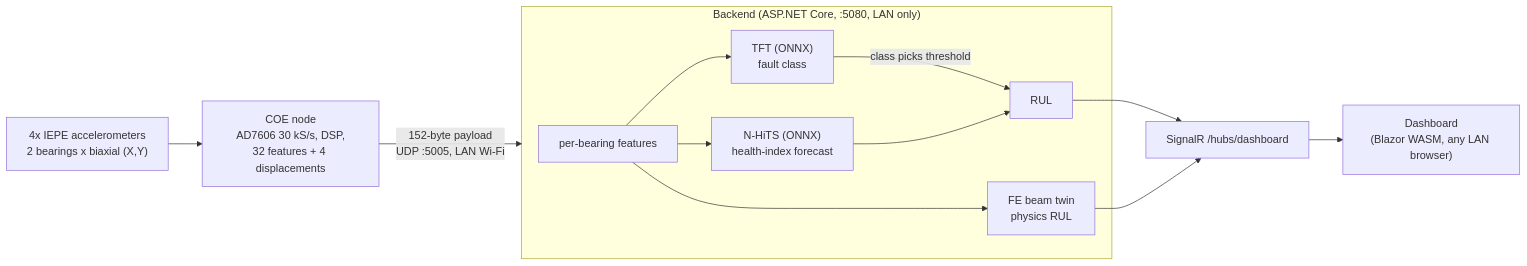
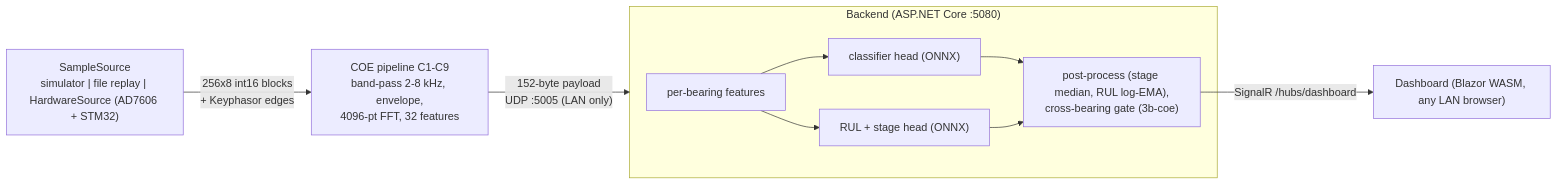
One commit to amussab/Digital-Twin-Senior-Proj changed the diagram in README.md. Above: the diagram before and after it, drawn with Mermaid. The commit also changed other lines of this file and 5 other files, not shown here.

Commit message:
feat(docker): UP2 compose profiles (backend v3b/up2, coe, ai, test, evidence, notebook), dotnet-test image, README for UP2

````diff
--- a/README.md
+++ b/README.md
@@ -12,15 +17,12 @@
 ```mermaid
 flowchart LR
-  A["4x IEPE accelerometers<br/>2 bearings x biaxial (X,Y)"] --> B["COE node<br/>AD7606 30 kS/s, DSP,<br/>32 features + 4 displacements"]
-  B -->|"152-byte payload<br/>UDP :5005, LAN Wi-Fi"| C
-  subgraph C["Backend (ASP.NET Core, :5080, LAN only)"]
-    D["per-bearing features"] --> E["TFT (ONNX)<br/>fault class"]
-    D --> F["N-HiTS (ONNX)<br/>health-index forecast"]
-    E -->|"class picks threshold"| G["RUL"]
-    F --> G
-    D --> H["FE beam twin<br/>physics RUL"]
+  S["SampleSource<br/>simulator | file replay | HardwareSource (AD7606 + STM32)"] -->|"256x8 int16 blocks<br/>+ Keyphasor edges"| P["COE pipeline C1-C9<br/>band-pass 2-8 kHz, envelope,<br/>4096-pt FFT, 32 features"]
+  P -->|"152-byte payload<br/>UDP :5005 (LAN only)"| B
+  subgraph B["Backend (ASP.NET Core :5080)"]
+    F["per-bearing features"] --> C["classifier head (ONNX)"]
+    F --> R["RUL + stage head (ONNX)"]
+    C --> X["post-process (stage median, RUL log-EMA),<br/>cross-bearing gate (3b-coe)"]
+    R --> X
   end
-  G --> I["SignalR /hubs/dashboard"]
-  H --> I
-  I --> J["Dashboard<br/>(Blazor WASM, any LAN browser)"]
+  X -->|"SignalR /hubs/dashboard"| D["Dashboard (Blazor WASM, any LAN browser)"]
 ```
````
